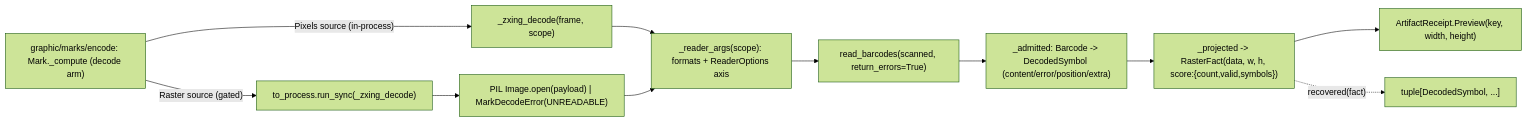
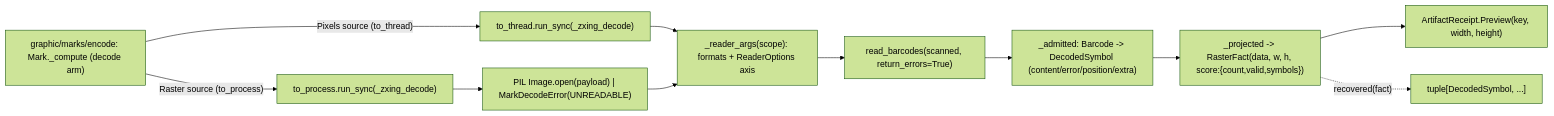
One commit to bsamiee/Rasm changed the diagram in libs/python/artifacts/.planning/graphic/marks/decode.md. Above: the diagram before and after it, drawn with Mermaid (forest theme). The commit also changed other lines of this file and 506 other files, not shown here.

````diff
--- a/libs/python/artifacts/.planning/graphic/marks/decode.md
+++ b/libs/python/artifacts/.planning/graphic/marks/decode.md
@@ -316,13 +314,13 @@
 ```mermaid
 flowchart LR
-    Compute["graphic/marks/encode: Mark._compute (decode arm)"] -->|"Raster source (gated)"| Worker["to_process.run_sync(_zxing_decode)"]
-    Compute -->|"Pixels source (in-process)"| Direct["_zxing_decode(frame, scope)"]
+    Compute["graphic/marks/encode: Mark._compute (decode arm)"] -->|"Raster source (to_process)"| Worker["to_process.run_sync(_zxing_decode)"]
+    Compute -->|"Pixels source (to_thread)"| Direct["to_thread.run_sync(_zxing_decode)"]
     Worker --> Open["PIL Image.open(payload) | MarkDecodeError(UNREADABLE)"]
     Direct --> Args
     Open --> Args["_reader_args(scope): formats + ReaderOptions axis"]
     Args --> Read["read_barcodes(scanned, return_errors=True)"]
     Read --> Admit["_admitted: Barcode -> DecodedSymbol (content/error/position/extra)"]
     Admit --> Fact["_projected -> RasterFact(data, w, h, score:{count,valid,symbols})"]
     Fact --> Receipt["ArtifactReceipt.Preview(key, width, height)"]
     Fact -.->|"recovered(fact)"| Typed["tuple[DecodedSymbol, ...]"]
 ```
````
